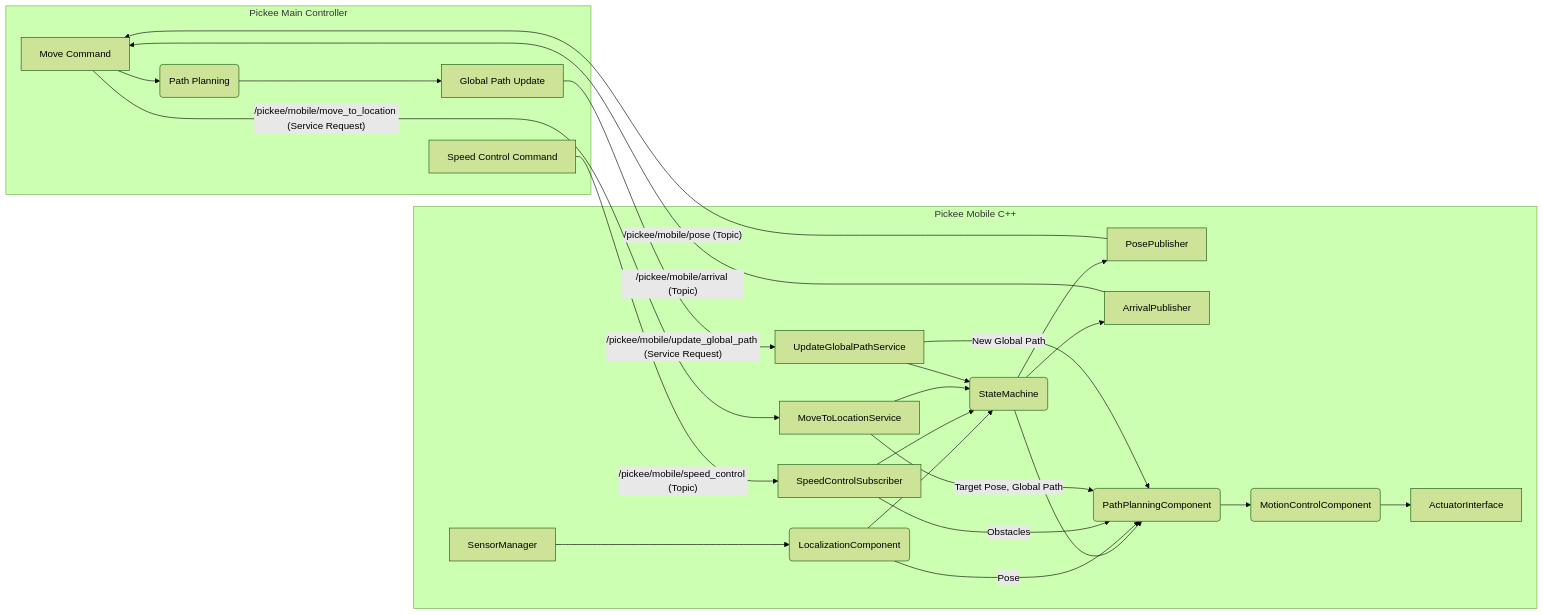
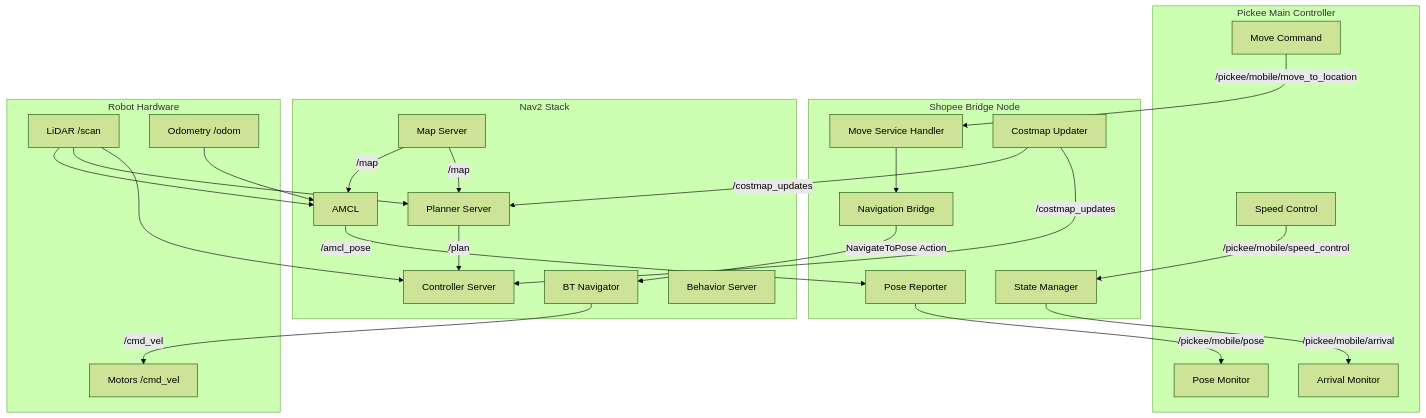
Before and after one commit to addinedu-roscamp-7th/roscamp-repo-1: the diagram in docs/DevelopmentPlan/PickeeMobile/PickeeMobileDesign_CPP.md, drawn with Mermaid (forest theme). The commit also changed other lines of this file and 138 other files, not shown here.

Commit message:
[PicMobileWonho] Docs Plan Edit

````diff
--- a/docs/DevelopmentPlan/PickeeMobile/PickeeMobileDesign_CPP.md
+++ b/docs/DevelopmentPlan/PickeeMobile/PickeeMobileDesign_CPP.md
@@ -268,31 +328,53 @@
 ```mermaid
-graph LR
+graph TB
     subgraph Pickee Main Controller
-        PMC_A[Move Command] --> PMC_B(Path Planning)
-        PMC_B --> PMC_C[Global Path Update]
-        PMC_D[Speed Control Command]
+        PMC_A[Move Command]
+        PMC_B[Speed Control]
+        PMC_C[Pose Monitor]
+        PMC_D[Arrival Monitor]
     end
 
-    subgraph Pickee Mobile C++
-        PM_A[SensorManager] --> PM_B(LocalizationComponent)
-        PM_B --> PM_C(StateMachine)
-        PM_C --> PM_D[PosePublisher]
-        PM_C --> PM_E[ArrivalPublisher]
-        PM_F[SpeedControlSubscriber] --> PM_C
-        PM_G[MoveToLocationService] --> PM_C
-        PM_H[UpdateGlobalPathService] --> PM_C
-        PM_C --> PM_I(PathPlanningComponent)
-        PM_I --> PM_J(MotionControlComponent)
-        PM_J --> PM_K[ActuatorInterface]
-        PM_B -- Pose --> PM_I
-        PM_F -- Obstacles --> PM_I
-        PM_G -- Target Pose, Global Path --> PM_I
-        PM_H -- New Global Path --> PM_I
+    subgraph Shopee Bridge Node
+        SB_A[Move Service Handler]
+        SB_B[Navigation Bridge]  
+        SB_C[Pose Reporter]
+        SB_D[State Manager]
+        SB_E[Costmap Updater]
     end
 
-    PMC_A -- /pickee/mobile/move_to_location (Service Request) --> PM_G
-    PMC_C -- /pickee/mobile/update_global_path (Service Request) --> PM_H
-    PMC_D -- /pickee/mobile/speed_control (Topic) --> PM_F
-    PM_D -- /pickee/mobile/pose (Topic) --> PMC_A
-    PM_E -- /pickee/mobile/arrival (Topic) --> PMC_A
+    subgraph Nav2 Stack
+        N2_A[BT Navigator]
+        N2_B[AMCL]
+        N2_C[Planner Server]
+        N2_D[Controller Server]
+        N2_E[Map Server]
+        N2_F[Behavior Server]
+    end
+
+    subgraph Robot Hardware
+        RH_A[LiDAR /scan]
+        RH_B[Odometry /odom]
+        RH_C[Motors /cmd_vel]
+    end
+
+    PMC_A -- /pickee/mobile/move_to_location --> SB_A
+    PMC_B -- /pickee/mobile/speed_control --> SB_D
+    SB_C -- /pickee/mobile/pose --> PMC_C
+    SB_D -- /pickee/mobile/arrival --> PMC_D
+
+    SB_A --> SB_B
+    SB_B -- NavigateToPose Action --> N2_A
+    N2_B -- /amcl_pose --> SB_C
+    N2_A -- /cmd_vel --> RH_C
+
+    RH_A --> N2_B
+    RH_A --> N2_C  
+    RH_A --> N2_D
+    RH_B --> N2_B
+    N2_E -- /map --> N2_B
+    N2_E -- /map --> N2_C
+
+    N2_C -- /plan --> N2_D
+    SB_E -- /costmap_updates --> N2_C
+    SB_E -- /costmap_updates --> N2_D
 ```
````
